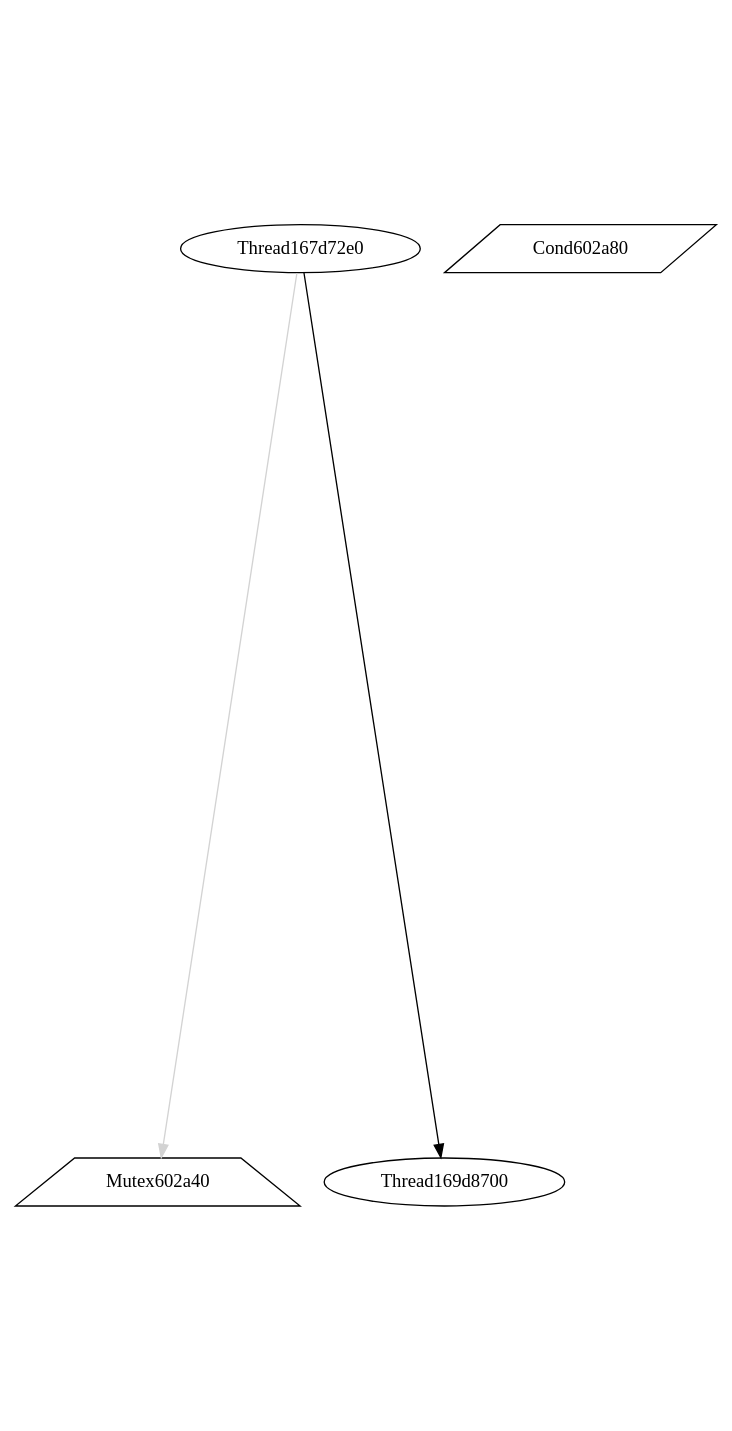
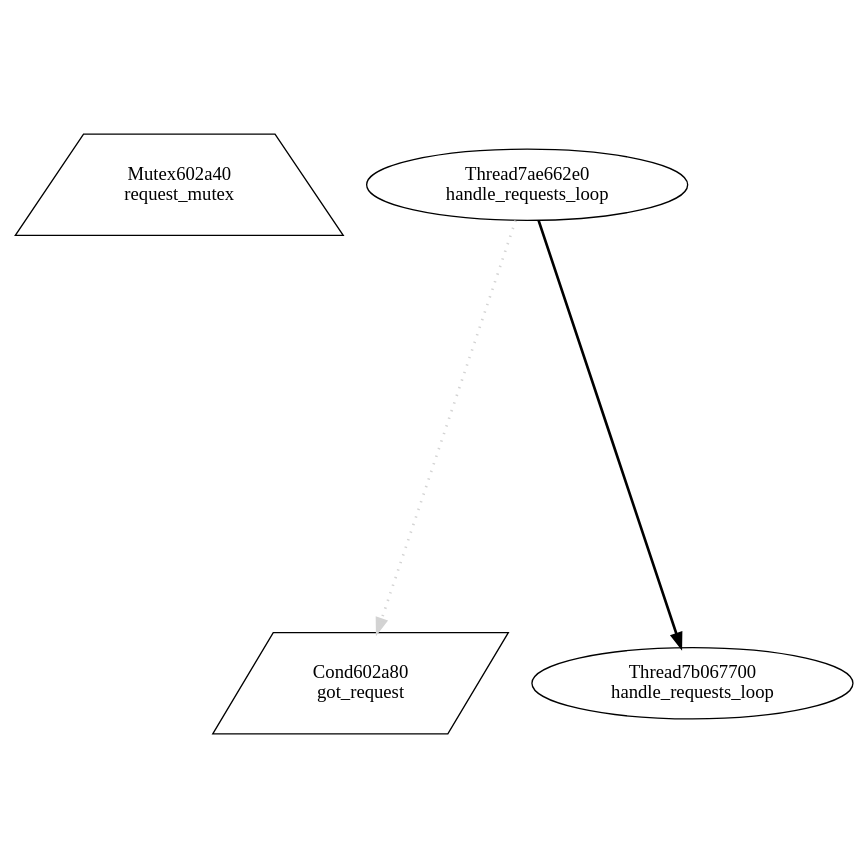
Before and after one commit to v4o6/cs410: the diagram in view/dot/graph006.dot, drawn with Graphviz. The commit also changed 289 other files, not shown here.

```diff
--- a/view/dot/graph006.dot
+++ b/view/dot/graph006.dot
@@ -1,9 +1,9 @@
 digraph G {
-graph[center=true, ratio=2];
-Mutex602a40 [shape=trapezium,color=black];
-Cond602a80 [shape=parallelogram,color=black];
-Thread169d8700 [color=black];
-Thread167d72e0 [color=black];
-Thread167d72e0 -> Mutex602a40 [arrowhead=normal,color=lightgray];
-Thread167d72e0 -> Thread169d8700 [arrowhead=normal];
+graph[center=true, ratio=1];
+Mutex602a40 [shape=trapezium,color=black,label="Mutex602a40\nrequest_mutex"];
+Cond602a80 [shape=parallelogram,color=black,label="Cond602a80\ngot_request"];
+Thread7ae662e0 [color=black,label="Thread7ae662e0\nhandle_requests_loop"];
+Thread7ae662e0 -> Cond602a80 [style=dotted,color=lightgray,penwidth=2];
+Thread7ae662e0 -> Thread7b067700 [arrowhead=normal,penwidth=2];
+Thread7b067700 [color=black,label="Thread7b067700\nhandle_requests_loop"];
 }
```
